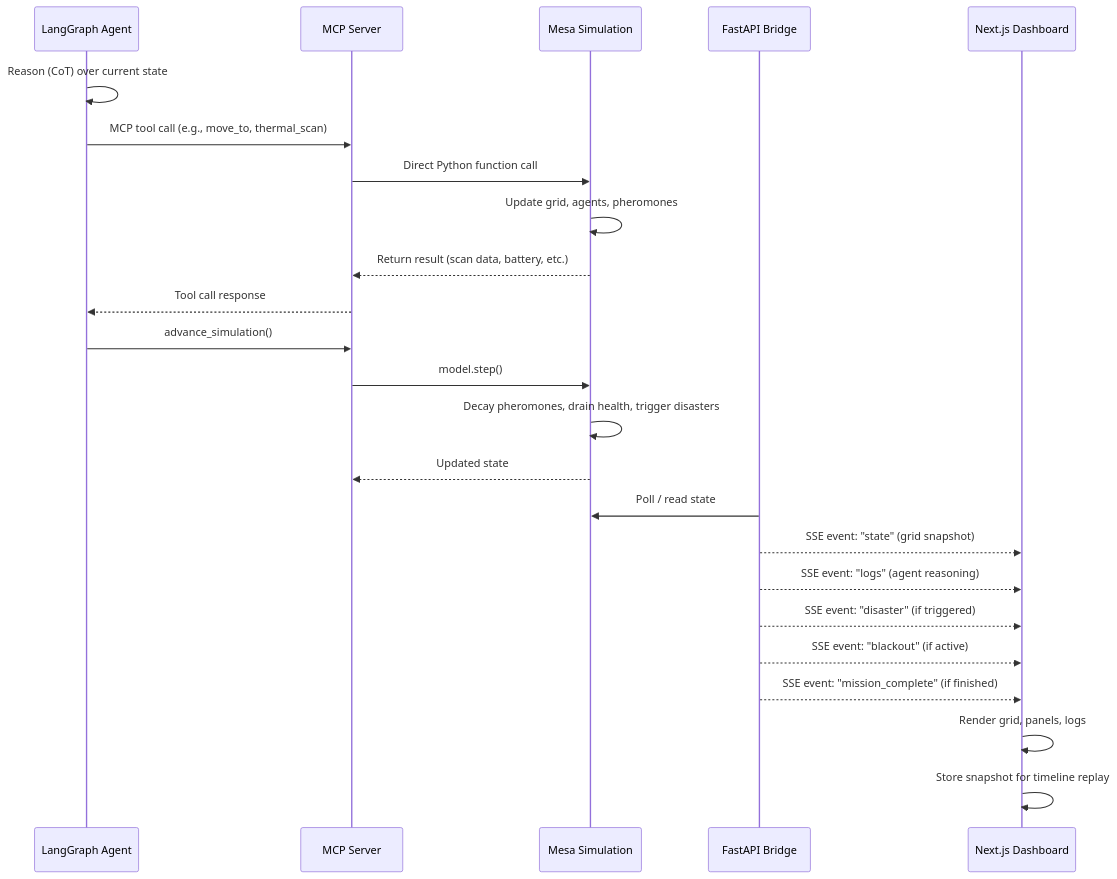
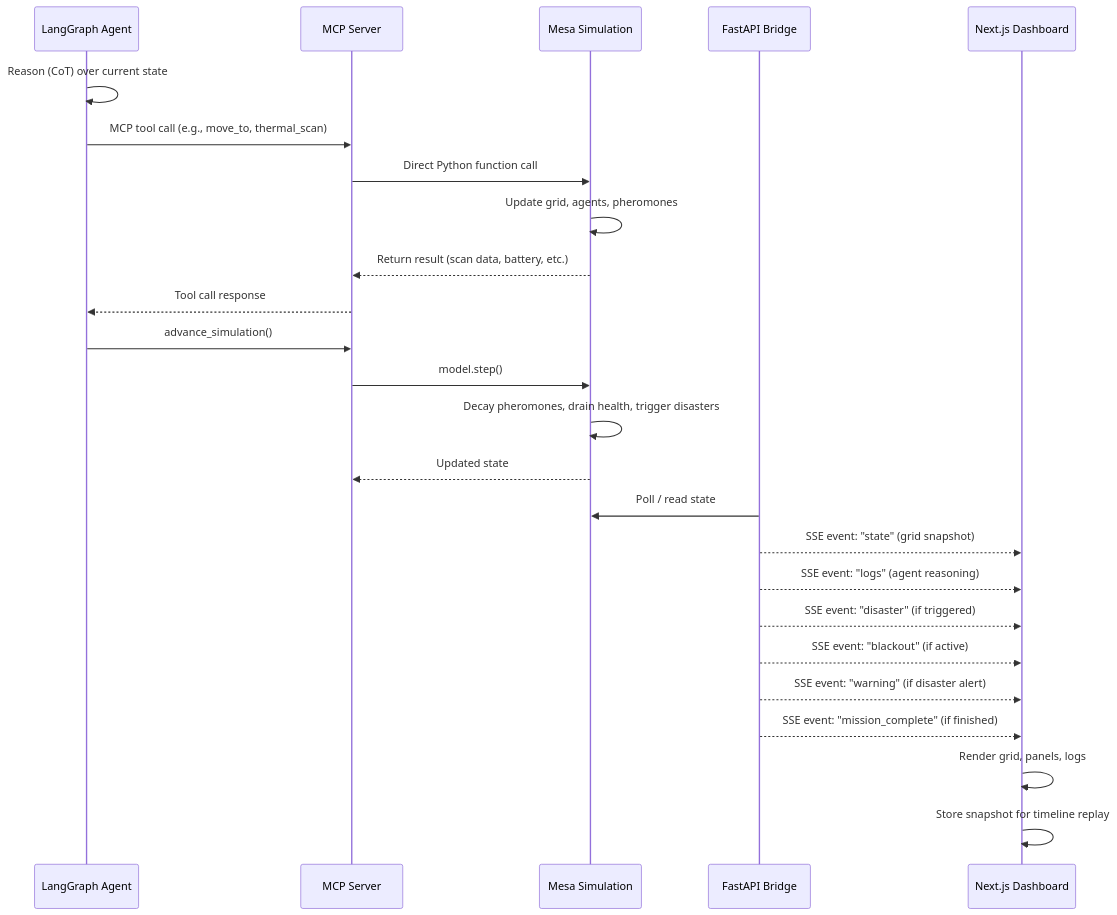
The sixth of 11 diagrams in architecture.md (Andersonnn7788/drone-agents), drawn with Mermaid before and after one commit. The commit also changed other lines of this file and 20 other files, not shown here.

Commit message:
fix all the bugs and update readme and architecture

````diff
--- a/architecture.md
+++ b/architecture.md
@@ -233,30 +235,31 @@
 ```mermaid
 sequenceDiagram
     participant Agent as LangGraph Agent
     participant MCP as MCP Server
     participant Mesa as Mesa Simulation
     participant API as FastAPI Bridge
     participant UI as Next.js Dashboard
 
     Agent->>Agent: Reason (CoT) over current state
     Agent->>MCP: MCP tool call (e.g., move_to, thermal_scan)
     MCP->>Mesa: Direct Python function call
     Mesa->>Mesa: Update grid, agents, pheromones
     Mesa-->>MCP: Return result (scan data, battery, etc.)
     MCP-->>Agent: Tool call response
 
     Agent->>MCP: advance_simulation()
     MCP->>Mesa: model.step()
     Mesa->>Mesa: Decay pheromones, drain health, trigger disasters
     Mesa-->>MCP: Updated state
 
     API->>Mesa: Poll / read state
     API-->>UI: SSE event: "state" (grid snapshot)
     API-->>UI: SSE event: "logs" (agent reasoning)
     API-->>UI: SSE event: "disaster" (if triggered)
     API-->>UI: SSE event: "blackout" (if active)
+    API-->>UI: SSE event: "warning" (if disaster alert)
     API-->>UI: SSE event: "mission_complete" (if finished)
 
     UI->>UI: Render grid, panels, logs
     UI->>UI: Store snapshot for timeline replay
 ```
````
